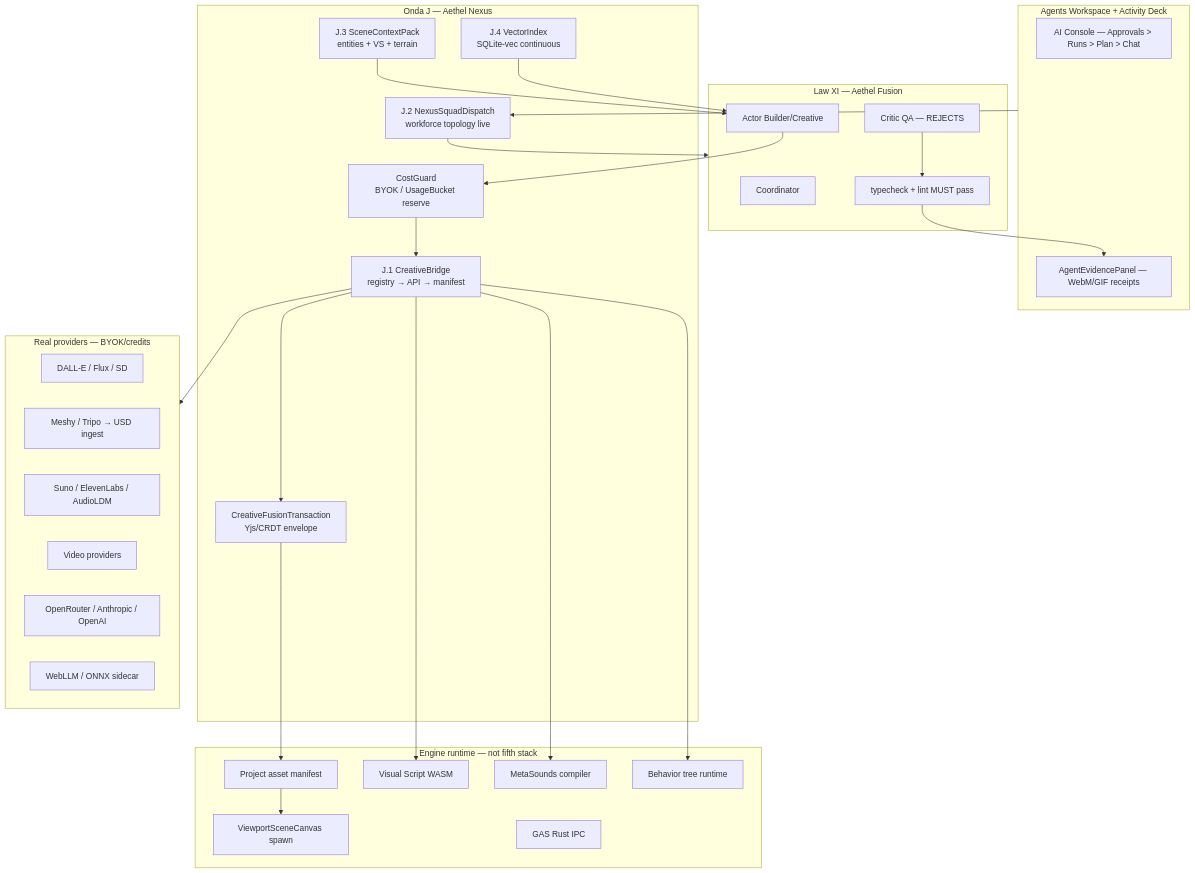
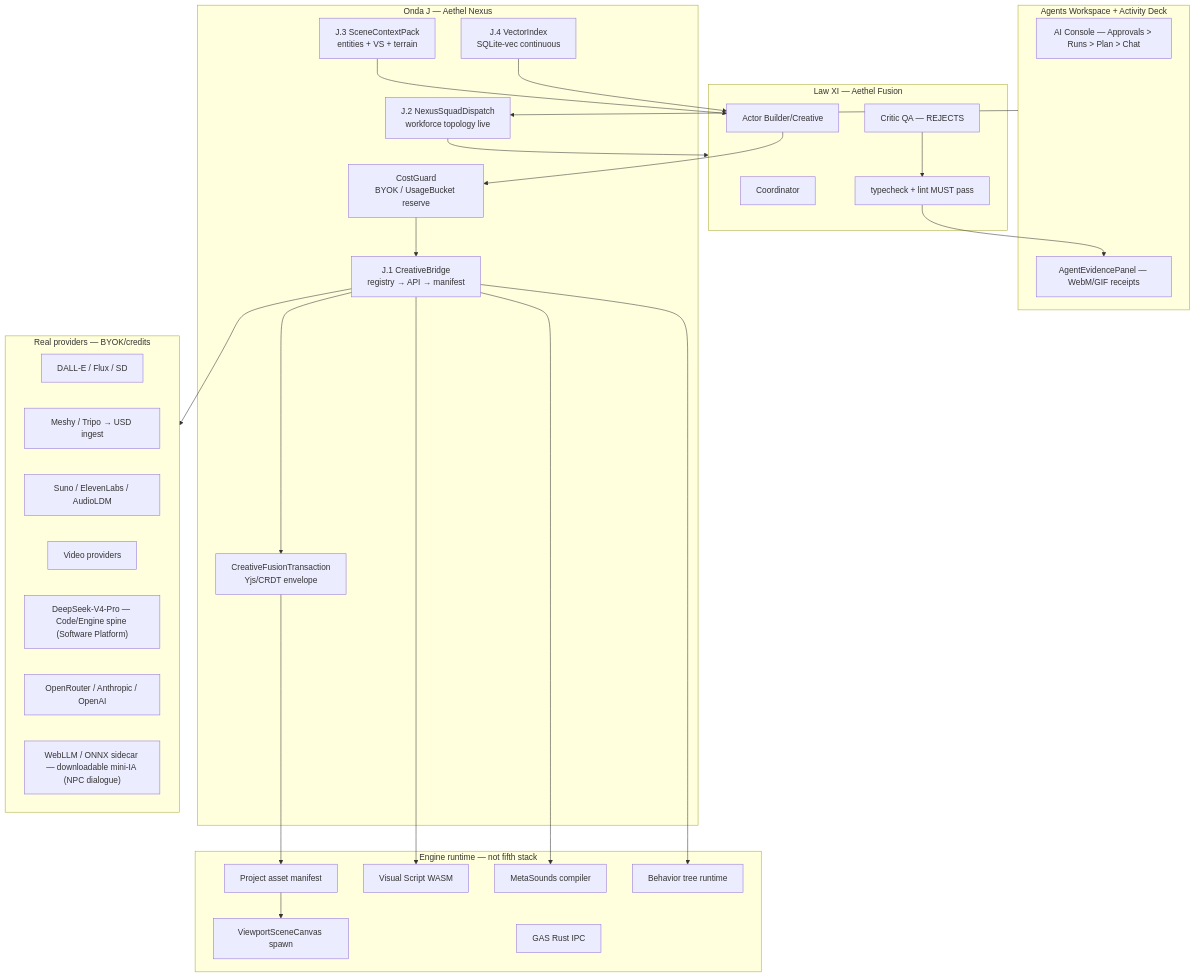
One commit to wilianflima321-glitch/meu-repo changed the diagram in docs/architecture/AETHEL_AI_FUSION_CREATIVE_SPEC.md. Above: the diagram before and after it, drawn with Mermaid. The commit also changed other lines of this file and 639 other files, not shown here.

````diff
--- a/docs/architecture/AETHEL_AI_FUSION_CREATIVE_SPEC.md
+++ b/docs/architecture/AETHEL_AI_FUSION_CREATIVE_SPEC.md
@@ -133,52 +133,53 @@
 ```mermaid
 flowchart TB
   subgraph UI["Agents Workspace + Activity Deck"]
     Chat["AI Console — Approvals > Runs > Plan > Chat"]
     Evidence["AgentEvidencePanel — WebM/GIF receipts"]
   end
 
   subgraph Nexus["Onda J — Aethel Nexus"]
     CostG["CostGuard\nBYOK / UsageBucket reserve"]
     Bridge["J.1 CreativeBridge\nregistry → API → manifest"]
     YjsTx["CreativeFusionTransaction\nYjs/CRDT envelope"]
     Squad["J.2 NexusSquadDispatch\nworkforce topology live"]
     SceneCtx["J.3 SceneContextPack\nentities + VS + terrain"]
     VectorRAG["J.4 VectorIndex\nSQLite-vec continuous"]
   end
 
   subgraph Fusion["Law XI — Aethel Fusion"]
     Coord["Coordinator"]
     Actor["Actor Builder/Creative"]
     Critic["Critic QA — REJECTS"]
     Gate["typecheck + lint MUST pass"]
   end
 
   subgraph Providers["Real providers — BYOK/credits"]
     Img["DALL-E / Flux / SD"]
     Mesh["Meshy / Tripo → USD ingest"]
     Audio["Suno / ElevenLabs / AudioLDM"]
     Vid["Video providers"]
+    Code["DeepSeek-V4-Pro — Code/Engine spine (Software Platform)"]
     LLM["OpenRouter / Anthropic / OpenAI"]
-    Local["WebLLM / ONNX sidecar"]
+    Local["WebLLM / ONNX sidecar — downloadable mini-IA (NPC dialogue)"]
   end
 
   subgraph Runtime["Engine runtime — not fifth stack"]
     Manifest["Project asset manifest"]
     Viewport["ViewportSceneCanvas spawn"]
     VS["Visual Script WASM"]
     GAS["GAS Rust IPC"]
     Meta["MetaSounds compiler"]
     BT["Behavior tree runtime"]
   end
 
   UI --> Squad --> Fusion
   Actor --> CostG --> Bridge --> Providers
   Bridge --> YjsTx --> Manifest --> Viewport
   Bridge --> VS
   Bridge --> Meta
   Bridge --> BT
   Critic --> Gate
   Gate --> Evidence
   SceneCtx --> Actor
   VectorRAG --> Actor
 ```
````
